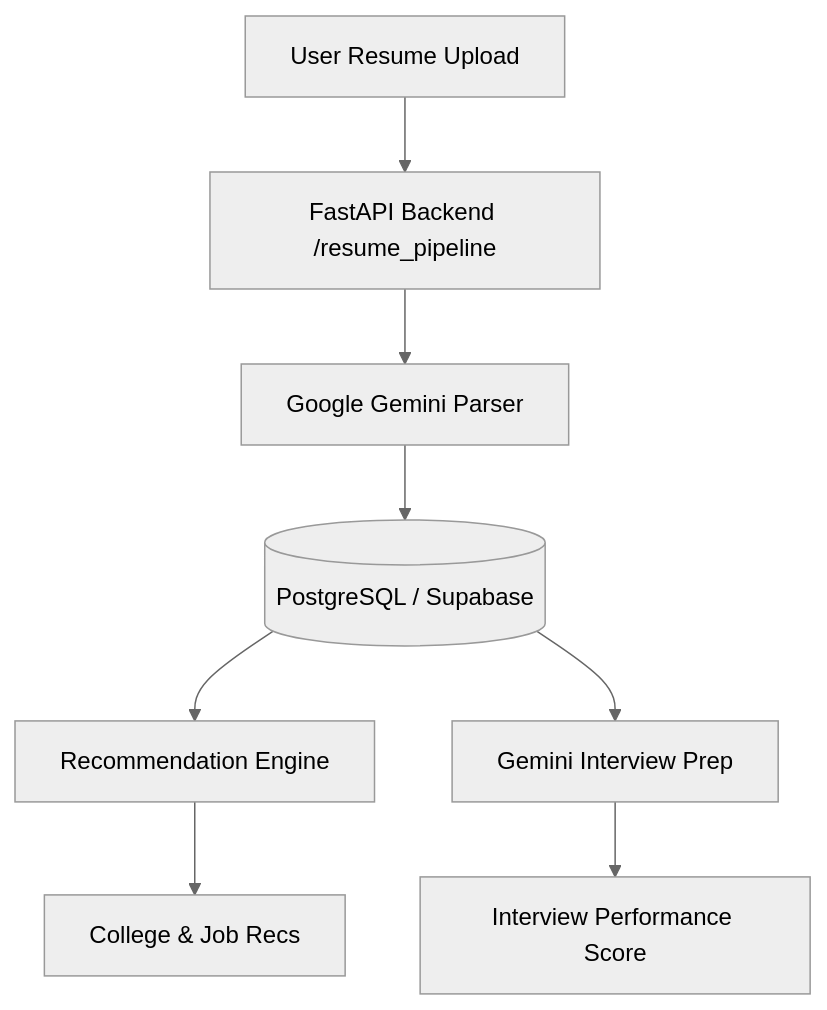
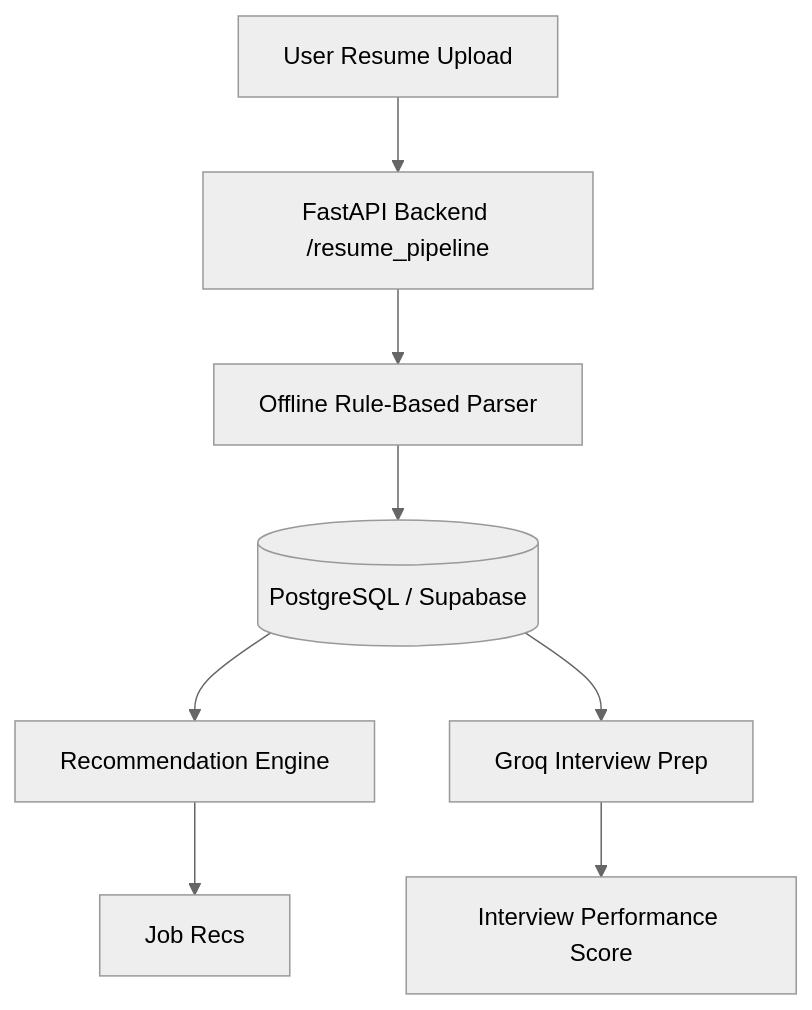
Before and after one commit to unknown-spec10/Career-Guidance: the diagram in docs_wiki/workflows/quickstart.md, drawn with Mermaid (neutral theme). The commit also changed other lines of this file and 39 other files, not shown here.

````diff
--- a/docs_wiki/workflows/quickstart.md
+++ b/docs_wiki/workflows/quickstart.md
@@ -9,10 +9,10 @@
 ```mermaid
 graph TD
     A[User Resume Upload] --> B[FastAPI Backend /resume_pipeline]
-    B --> C[Google Gemini Parser]
+    B --> C[Offline Rule-Based Parser]
     C --> D[(PostgreSQL / Supabase)]
     D --> E[Recommendation Engine]
-    D --> F[Gemini Interview Prep]
-    E --> G[College & Job Recs]
+    D --> F[Groq Interview Prep]
+    E --> G[Job Recs]
     F --> H[Interview Performance Score]
 ```
````
